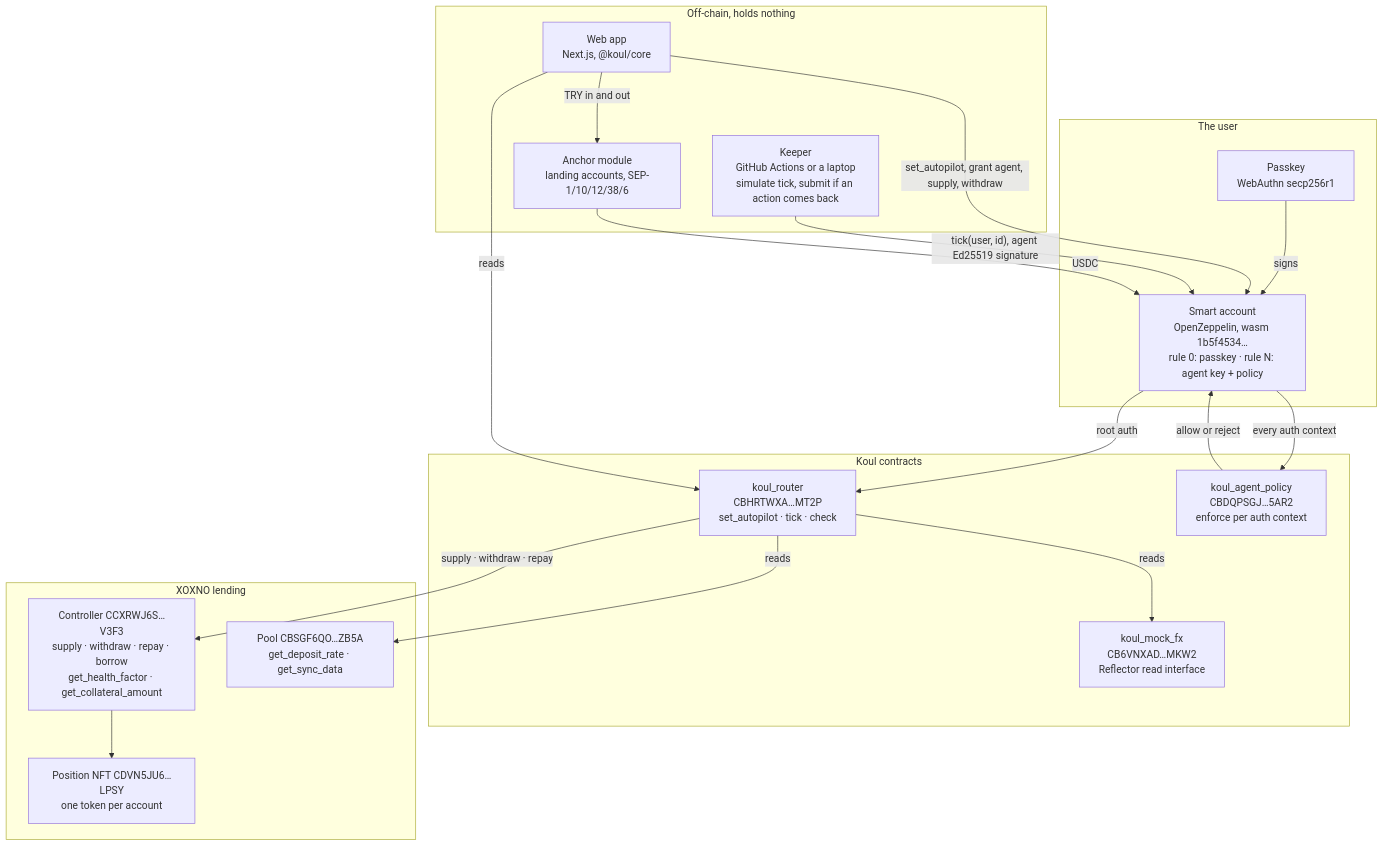
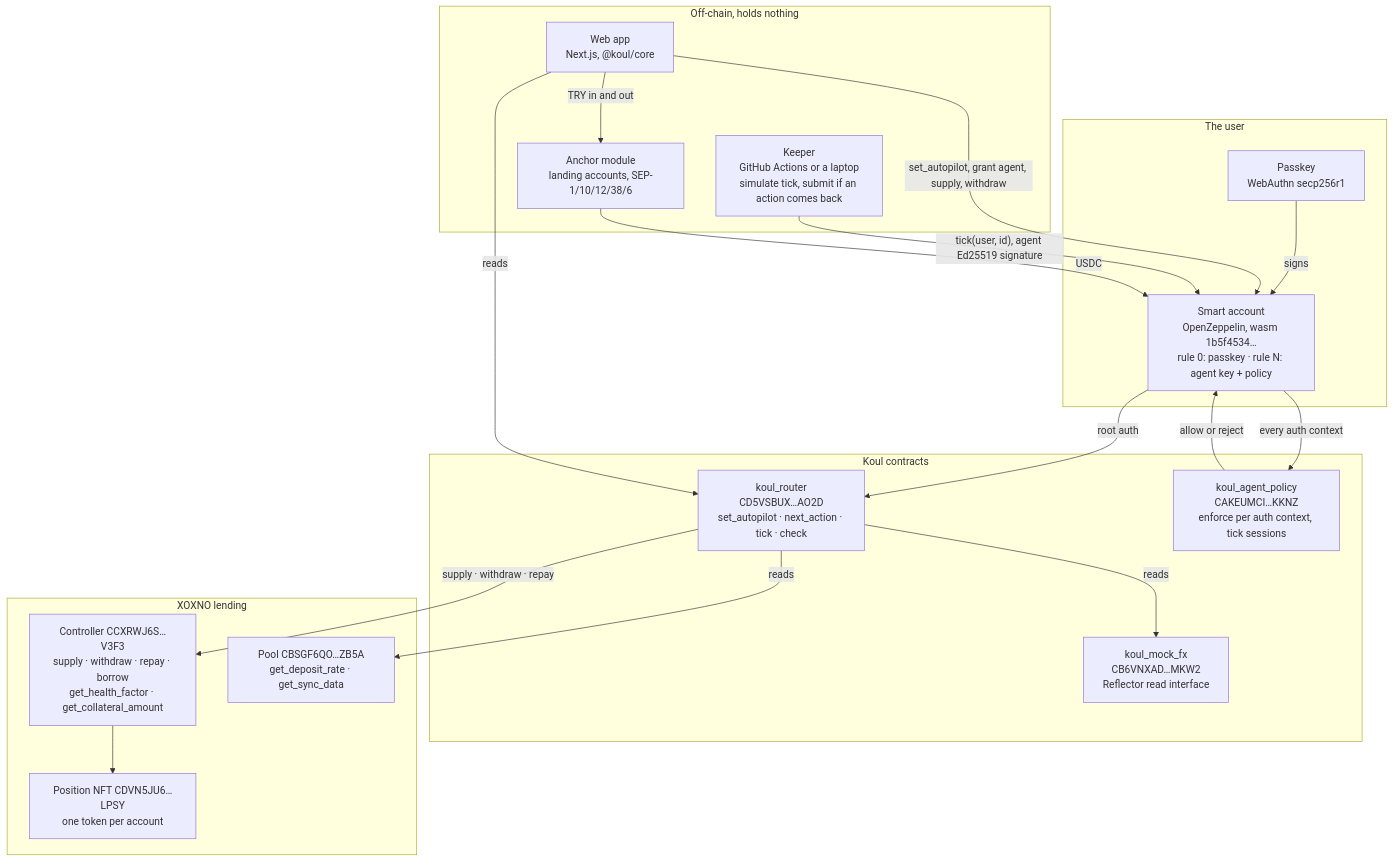
One commit to koul-me/koul changed the first of 2 diagrams in README.md. Above: the diagram before and after it, drawn with Mermaid. The commit also changed other lines of this file and 5 other files, not shown here.

Commit message:
chore: the production router with swaps, CD5VSBUX, and the session policy, CAKEUMCI, everywhere

````diff
--- a/README.md
+++ b/README.md
@@ -61,39 +61,39 @@
 ```mermaid
 graph TD
     subgraph User["The user"]
         P["Passkey<br/>WebAuthn secp256r1"]
         W["Smart account<br/>OpenZeppelin, wasm 1b5f4534…<br/>rule 0: passkey · rule N: agent key + policy"]
     end
 
     subgraph Koul["Koul contracts"]
-        R["koul_router<br/>CBHRTWXA…MT2P<br/>set_autopilot · tick · check"]
-        POL["koul_agent_policy<br/>CBDQPSGJ…5AR2<br/>enforce per auth context"]
+        R["koul_router<br/>CD5VSBUX…AO2D<br/>set_autopilot · next_action · tick · check"]
+        POL["koul_agent_policy<br/>CAKEUMCI…KKNZ<br/>enforce per auth context, tick sessions"]
         FX["koul_mock_fx<br/>CB6VNXAD…MKW2<br/>Reflector read interface"]
     end
 
     subgraph XOXNO["XOXNO lending"]
         C["Controller CCXRWJ6S…V3F3<br/>supply · withdraw · repay · borrow<br/>get_health_factor · get_collateral_amount"]
         PL["Pool CBSGF6QO…ZB5A<br/>get_deposit_rate · get_sync_data"]
         NFT["Position NFT CDVN5JU6…LPSY<br/>one token per account"]
     end
 
     subgraph Off["Off-chain, holds nothing"]
         K["Keeper<br/>GitHub Actions or a laptop<br/>simulate tick, submit if an action comes back"]
         F["Web app<br/>Next.js, @koul/core"]
         A["Anchor module<br/>landing accounts, SEP-1/10/12/38/6"]
     end
 
     P -->|signs| W
     F -->|"set_autopilot, grant agent, supply, withdraw"| W
     W -->|"root auth"| R
     K -->|"tick(user, id), agent Ed25519 signature"| W
     W -->|"every auth context"| POL
     POL -->|allow or reject| W
     R -->|reads| PL
     R -->|reads| FX
     R -->|"supply · withdraw · repay"| C
     C --> NFT
     F -->|reads| R
     F -->|"TRY in and out"| A
     A -->|"USDC"| W
 ```
````
